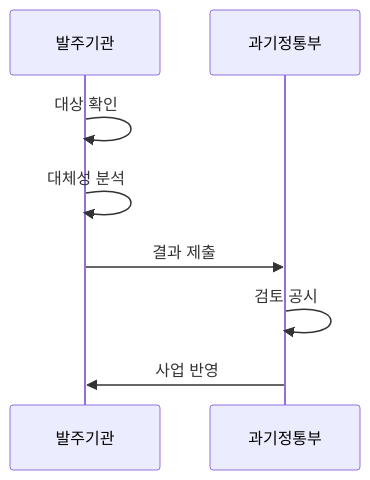
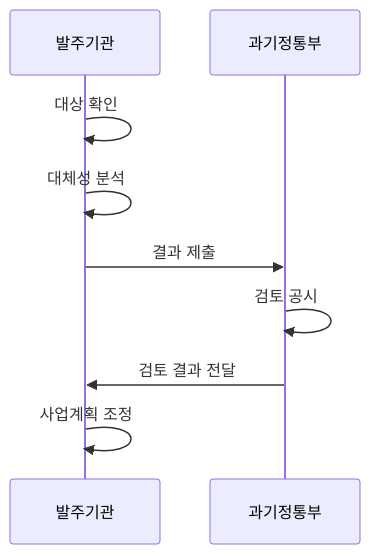
The second of 2 diagrams in src/content/docs/notes/07-law-policy/017_sw_business_impact_assessment.md (agnusdei1207/knowledge-base), drawn with Mermaid before and after one commit. The commit also changed other lines of this file and 27 other files, not shown here.

````diff
--- a/src/content/docs/notes/07-law-policy/017_sw_business_impact_assessment.md
+++ b/src/content/docs/notes/07-law-policy/017_sw_business_impact_assessment.md
@@ -73,10 +73,11 @@
 ```mermaid
 sequenceDiagram
     participant 발주기관
     participant 과기정통부
     발주기관->>발주기관: 대상 확인
     발주기관->>발주기관: 대체성 분석
     발주기관->>과기정통부: 결과 제출
     과기정통부->>과기정통부: 검토 공시
-    과기정통부->>발주기관: 사업 반영
+    과기정통부->>발주기관: 검토 결과 전달
+    발주기관->>발주기관: 사업계획 조정
 ```
````
